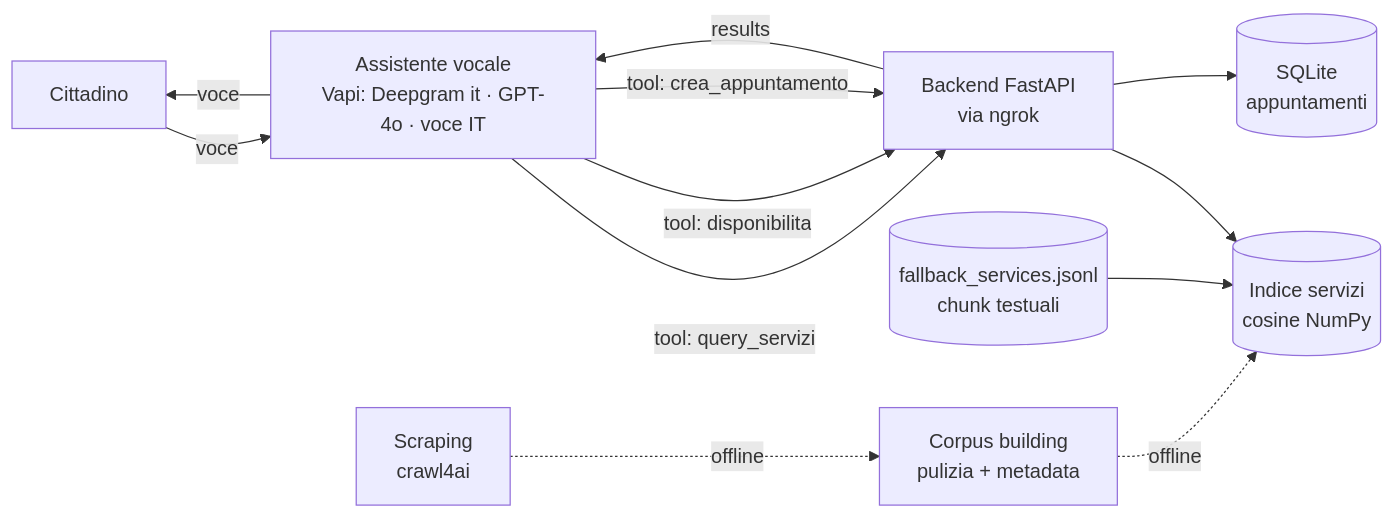
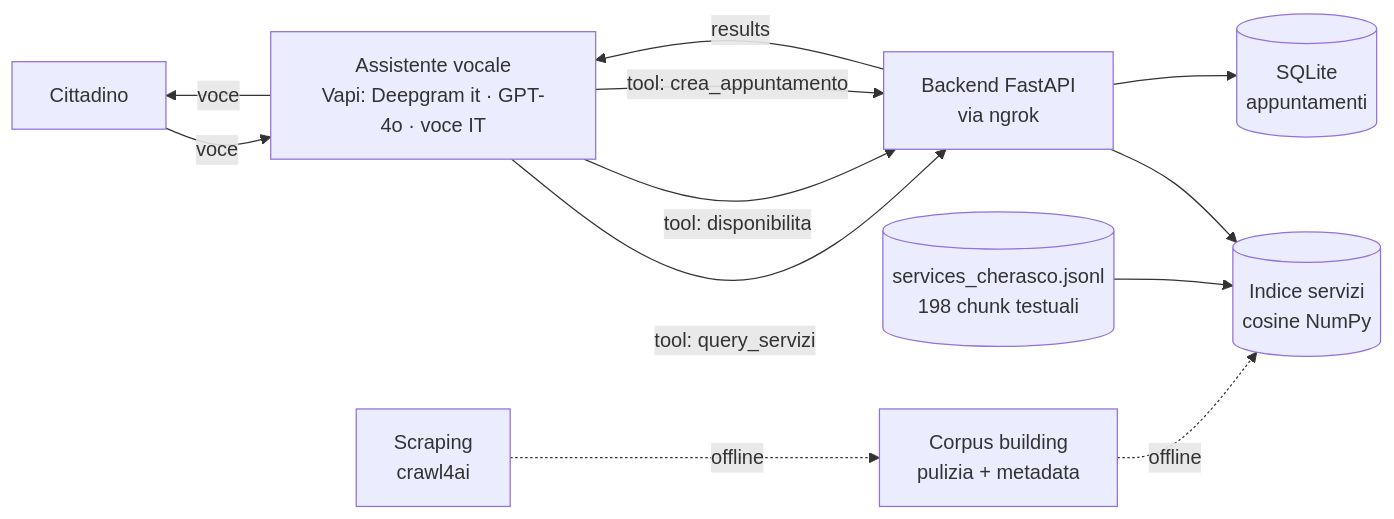
The first of 3 diagrams in docs/BLUEPRINT.md (Kieff90/Voicebot-PY), drawn with Mermaid before and after one commit. The commit also changed other lines of this file, not shown here.

````diff
--- a/docs/BLUEPRINT.md
+++ b/docs/BLUEPRINT.md
@@ -25,15 +39,15 @@
 ```mermaid
 flowchart LR
   C[Cittadino] -- voce --> V[Assistente vocale<br/>Vapi: Deepgram it · GPT-4o · voce IT]
   V -- voce --> C
   V -- tool: query_servizi --> B[Backend FastAPI<br/>via ngrok]
   V -- tool: disponibilita --> B
   V -- tool: crea_appuntamento --> B
   B -- results --> V
   B --> R[(Indice servizi<br/>cosine NumPy)]
   B --> D[(SQLite<br/>appuntamenti)]
-  FS[(fallback_services.jsonl<br/>chunk testuali)]
+  FS[(services_cherasco.jsonl<br/>198 chunk testuali)]
   FS --> R
   SC[Scraping<br/>crawl4ai] -. offline .-> CB[Corpus building<br/>pulizia + metadata]
   CB -. offline .-> R
 ```
````
